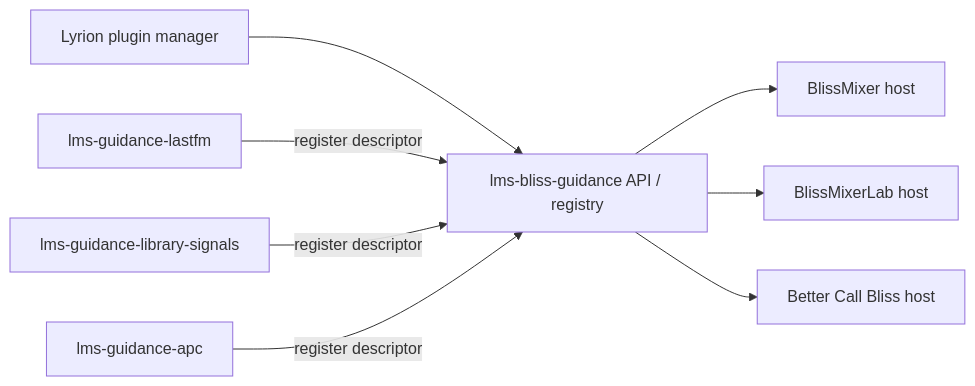
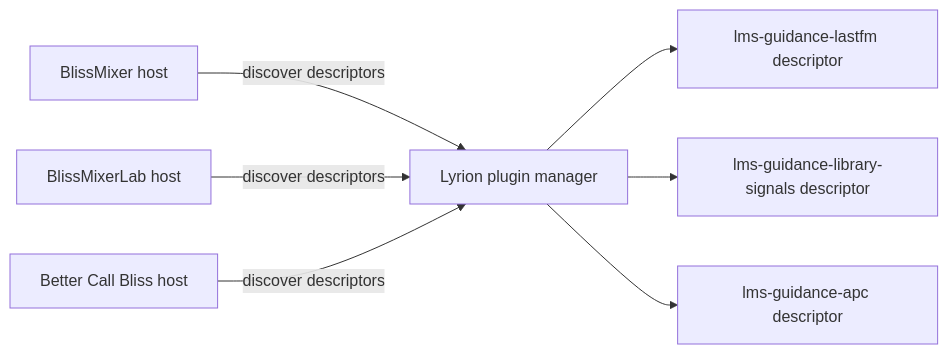
The first of 3 diagrams in docs/superpowers/specs/2026-09-26-lyrion-guidance-provider-discovery-design.md (chrober/bliss-similarity-design), drawn with Mermaid before and after one commit. The commit also changed other lines of this file, not shown here.

Commit message:
docs: use host-pull guidance discovery

````diff
--- a/docs/superpowers/specs/2026-09-26-lyrion-guidance-provider-discovery-design.md
+++ b/docs/superpowers/specs/2026-09-26-lyrion-guidance-provider-discovery-design.md
@@ -97,10 +99,9 @@
 ```mermaid
 flowchart LR
-  LMS[Lyrion plugin manager] --> API[lms-bliss-guidance API / registry]
-  LF[lms-guidance-lastfm] -->|register descriptor| API
-  LS[lms-guidance-library-signals] -->|register descriptor| API
-  APC[lms-guidance-apc] -->|register descriptor| API
-  API --> BM[BlissMixer host]
-  API --> BML[BlissMixerLab host]
-  API --> BCB[Better Call Bliss host]
+  LMS[Lyrion plugin manager] --> LF[lms-guidance-lastfm descriptor]
+  LMS --> LS[lms-guidance-library-signals descriptor]
+  LMS --> APC[lms-guidance-apc descriptor]
+  BM[BlissMixer host] -->|discover descriptors| LMS
+  BML[BlissMixerLab host] -->|discover descriptors| LMS
+  BCB[Better Call Bliss host] -->|discover descriptors| LMS
 ```
````
